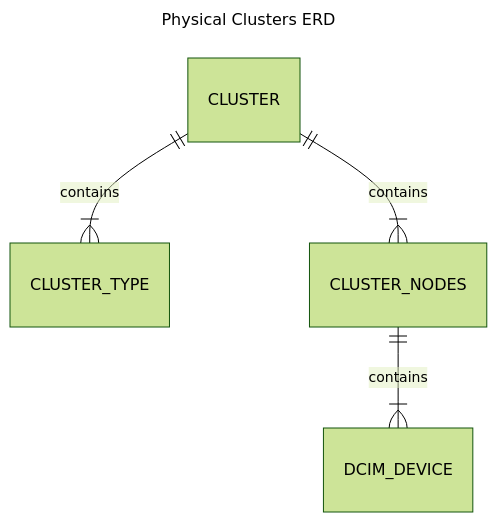
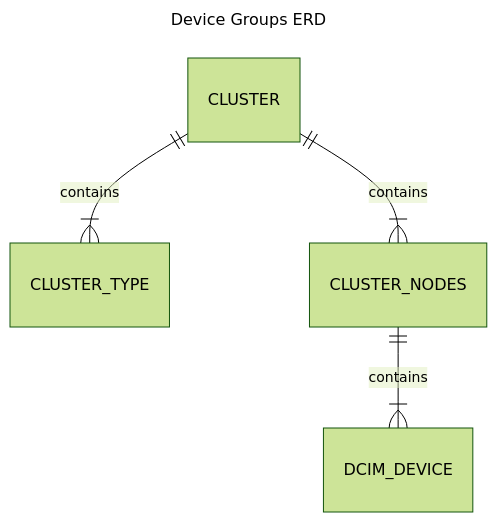
The diagram in docs/dev/design.md (sapcc/netbox-device-groups), drawn with Mermaid (forest theme) before and after one commit. The commit also changed other lines of this file and 94 other files, not shown here.

````diff
--- a/docs/dev/design.md
+++ b/docs/dev/design.md
@@ -36,9 +36,9 @@
 ```mermaid
 ---
-title: Physical Clusters ERD
+title: Device Groups ERD
 ---
 erDiagram
     CLUSTER ||--|{ CLUSTER_TYPE : contains
     CLUSTER ||--|{ CLUSTER_NODES : contains
     CLUSTER_NODES ||--|{ DCIM_DEVICE : contains
 ```
````
